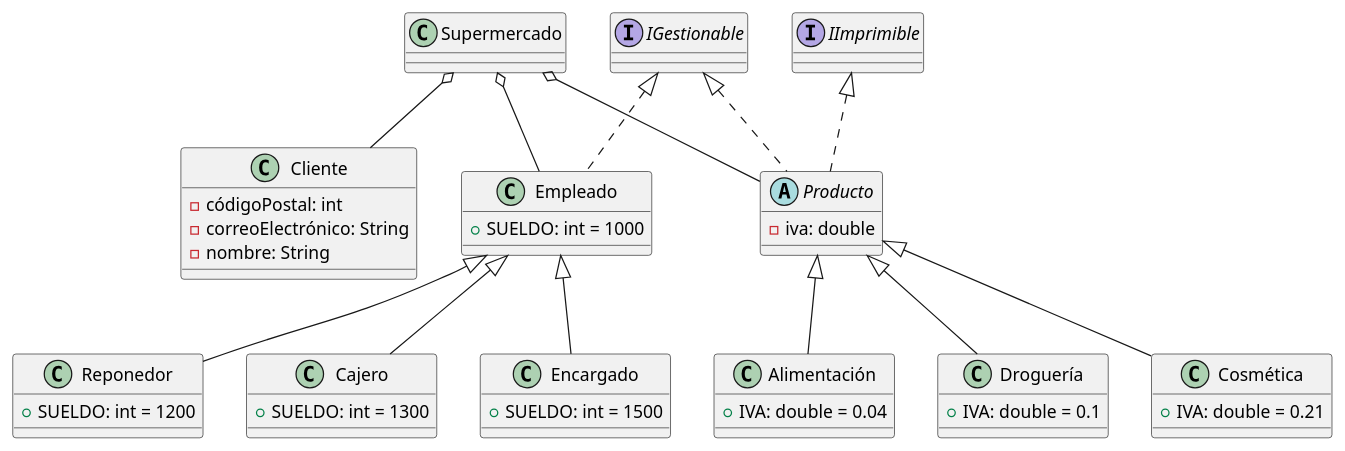
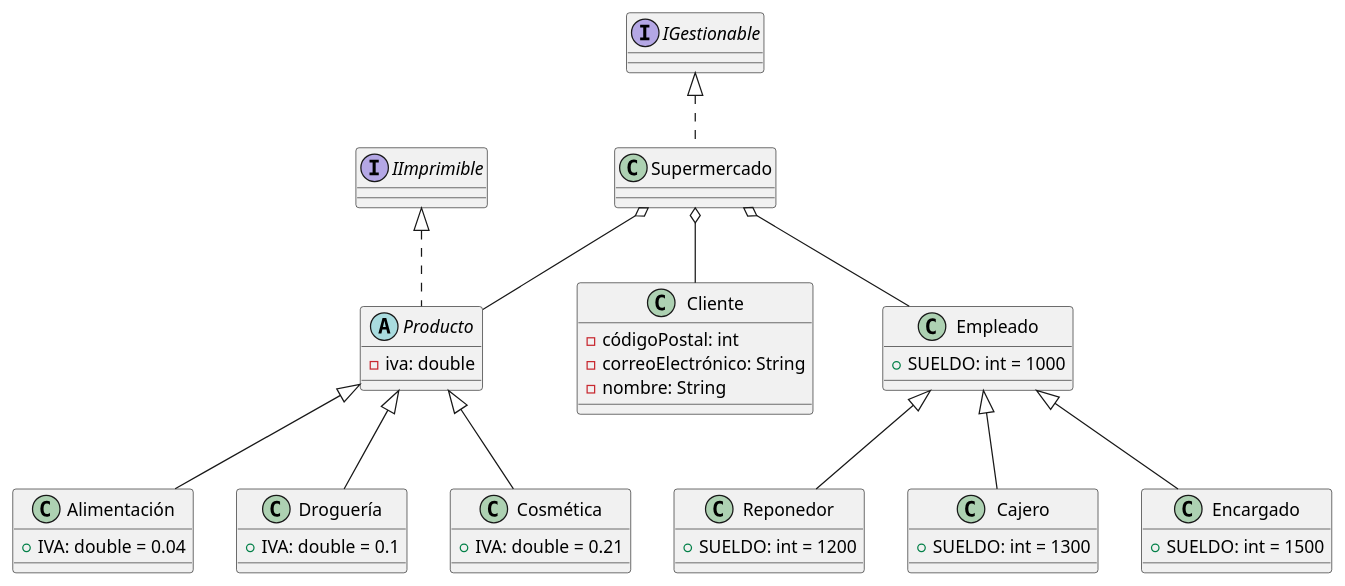
One commit to RaulGoFer/MercaDAW changed the diagram in diseño/MercaDAW.pu. Above: the diagram before and after it, drawn with PlantUML. The commit also changed 20 other files, not shown here.

```diff
--- a/diseño/MercaDAW.pu
+++ b/diseño/MercaDAW.pu
@@ -1,66 +1,65 @@
 @startuml
 
 class Supermercado{
     
 }
 
 class Cliente{
     - códigoPostal: int
     - correoElectrónico: String
     - nombre: String
 }
 
 abstract class Producto{
     - iva: double
 }
 
 class Alimentación{
     + IVA: double = 0.04   
 }
 
 class Droguería{
     + IVA: double = 0.1    
 }
 
 class Cosmética{
     + IVA: double = 0.21    
 }
 
 class Empleado{
     + SUELDO: int = 1000
 }
 
 class Reponedor{
     + SUELDO: int = 1200
 }
 
 class Cajero{
     + SUELDO: int = 1300
 }
 
 class Encargado{
     + SUELDO: int = 1500   
 }
 
 interface IGestionable{
 
 }
 
 interface IImprimible{
     
 }
 
 Supermercado o-- Producto
 Supermercado o-- Empleado
 Supermercado o-- Cliente
 Producto <|-- Alimentación
 Producto <|-- Droguería
 Producto <|-- Cosmética
 Empleado <|-- Reponedor
 Empleado <|-- Cajero
 Empleado <|-- Encargado
-IGestionable <|.. Empleado
-IGestionable <|.. Producto
+IGestionable <|.. Supermercado
 IImprimible <|.. Producto
 
 @enduml
```
